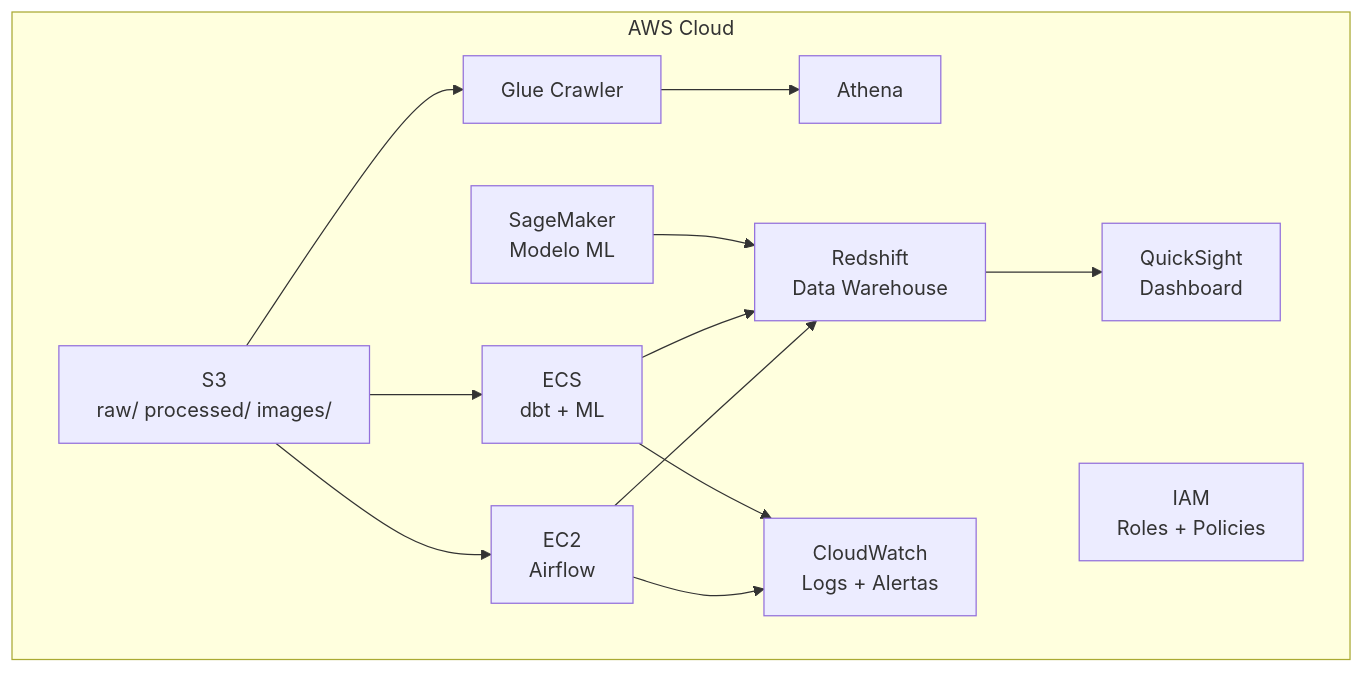
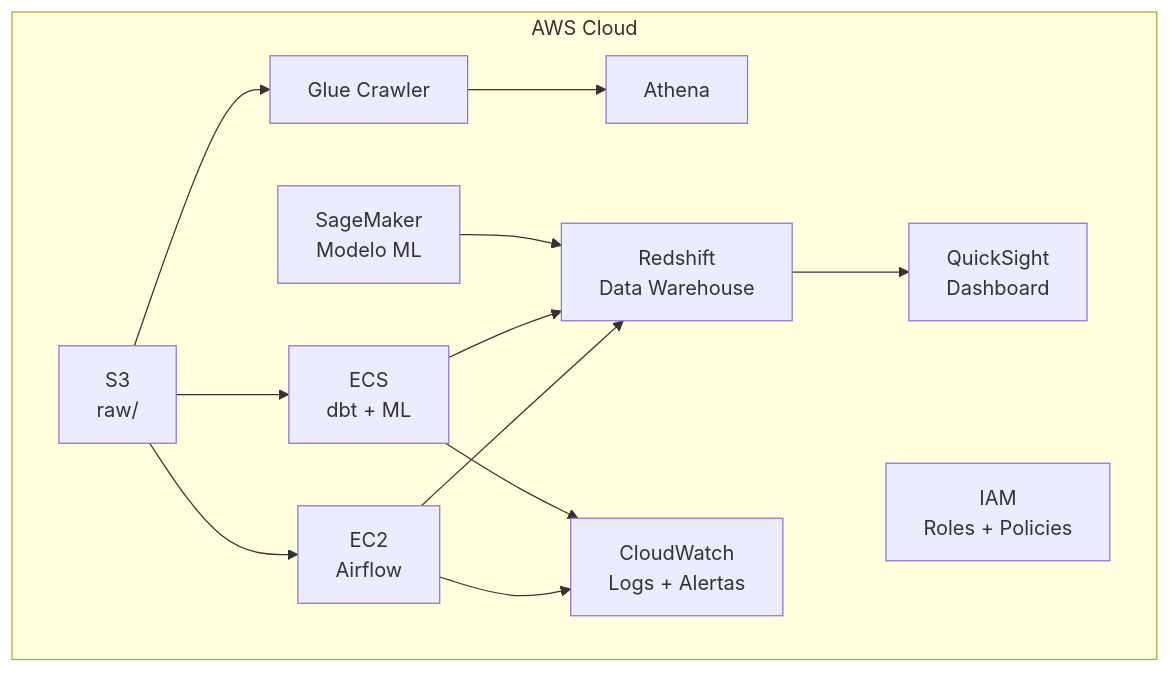
The third of 3 diagrams in .docs-projeto-final/03-Arquitetura.md (guialvesmartins/trabalho-ifg-modulo-2), drawn with Mermaid before and after one commit. The commit also changed other lines of this file and 32 other files, not shown here.

````diff
--- a/.docs-projeto-final/03-Arquitetura.md
+++ b/.docs-projeto-final/03-Arquitetura.md
@@ -89,25 +89,25 @@
 ```mermaid
 graph TD
     subgraph "AWS Cloud"
-        S3_CF[S3\nraw/ processed/ images/]
+        S3_CF[S3\nraw/]
         GLUE[Glue Crawler]
         ATH[Athena]
         EC2[EC2\nAirflow]
         ECS[ECS\ndbt + ML]
         SM[SageMaker\nModelo ML]
         RS[Redshift\nData Warehouse]
         QS[QuickSight\nDashboard]
         CW[CloudWatch\nLogs + Alertas]
         IAM[IAM\nRoles + Policies]
     end
 
     S3_CF --> GLUE --> ATH
     S3_CF --> EC2
     S3_CF --> ECS
     EC2 --> RS
     ECS --> RS
     SM --> RS
     RS --> QS
     EC2 --> CW
     ECS --> CW
 ```
````
